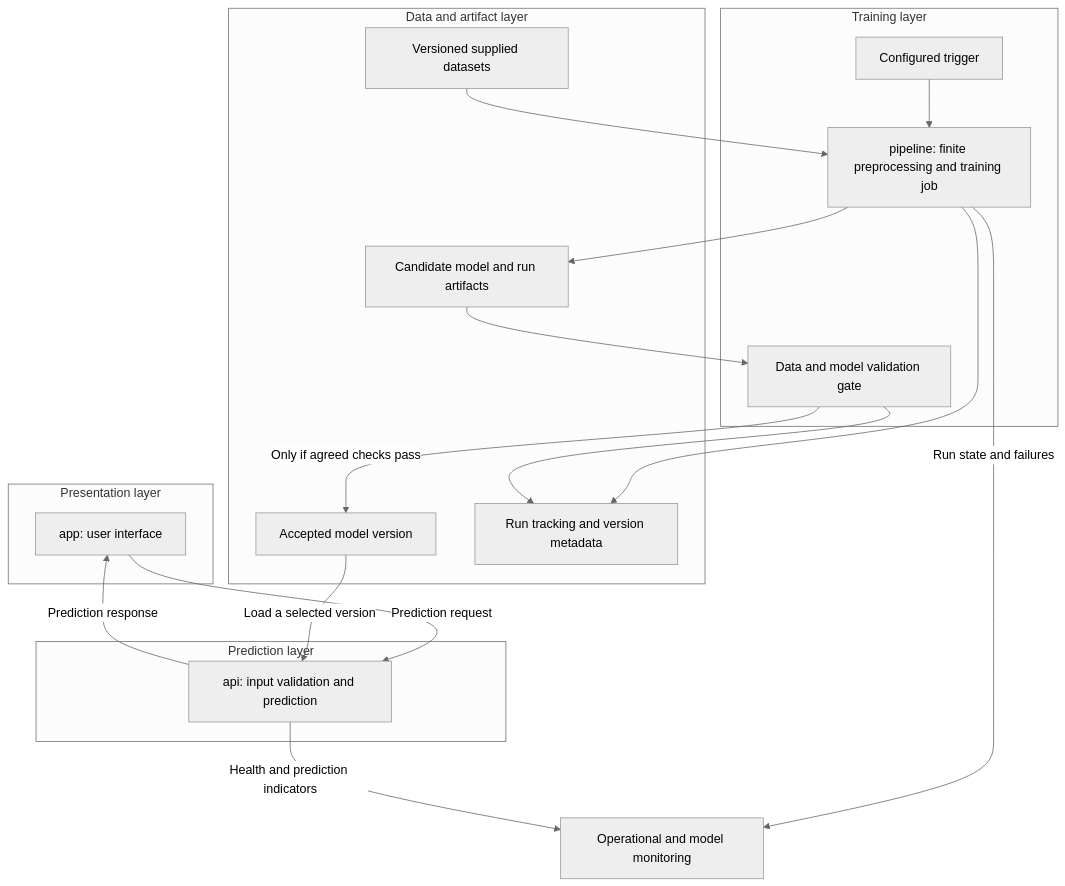
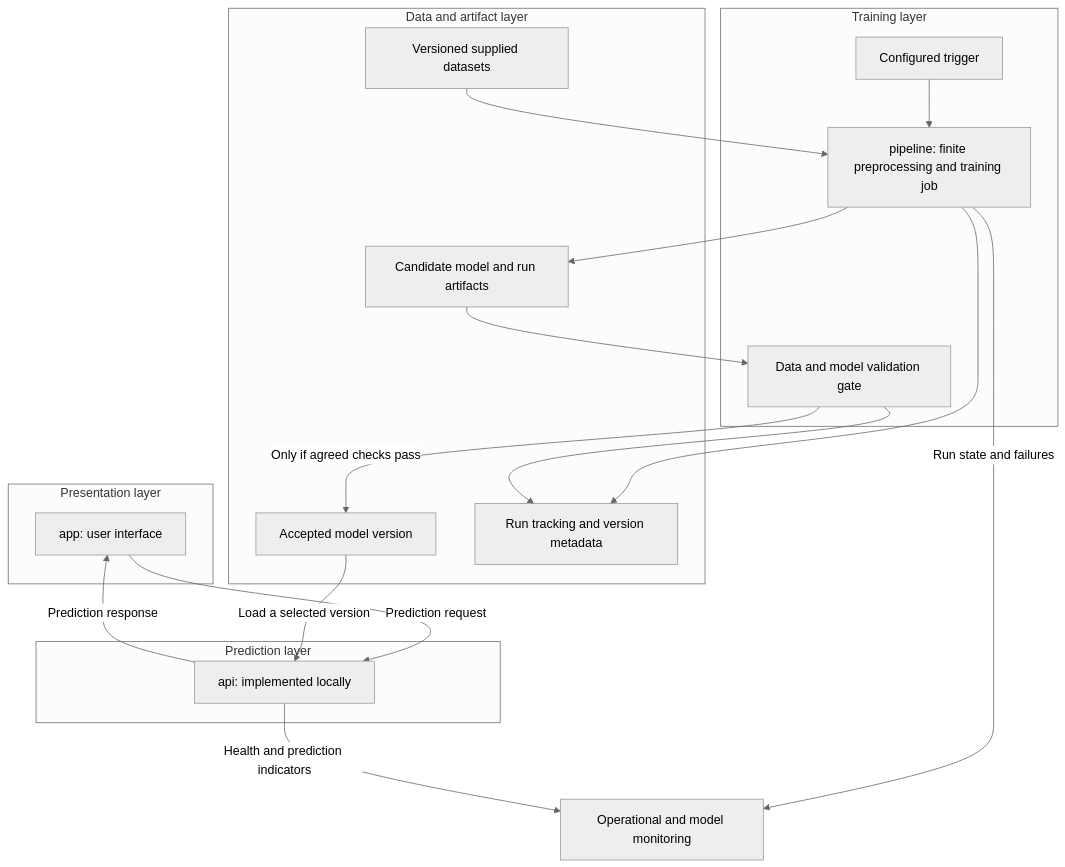
One commit to SiR1979/Template_MLOps_accidents changed the fourth of 4 diagrams in docs/architecture.md. Above: the diagram before and after it, drawn with Mermaid (neutral theme). The commit also changed other lines of this file and 5 other files, not shown here.

Commit message:
Add local prepared-feature prediction API

````diff
--- a/docs/architecture.md
+++ b/docs/architecture.md
@@ -123,38 +151,38 @@
 ```mermaid
 flowchart TD
     subgraph PRESENTATION["Presentation layer"]
         APP["app: user interface"]
     end
 
     subgraph SERVING["Prediction layer"]
-        API["api: input validation and prediction"]
+        API["api: implemented locally"]
     end
 
     subgraph JOBS["Training layer"]
         TRIGGER["Configured trigger"]
         PIPELINE["pipeline: finite preprocessing and training job"]
         GATE["Data and model validation gate"]
     end
 
     subgraph STORAGE["Data and artifact layer"]
         DATASETS["Versioned supplied datasets"]
         CANDIDATE["Candidate model and run artifacts"]
         ACCEPTED["Accepted model version"]
         TRACKING["Run tracking and version metadata"]
     end
 
     MONITOR["Operational and model monitoring"]
 
     APP -->|"Prediction request"| API
     API -->|"Prediction response"| APP
     ACCEPTED -->|"Load a selected version"| API
     TRIGGER --> PIPELINE
     DATASETS --> PIPELINE
     PIPELINE --> CANDIDATE
     CANDIDATE --> GATE
     GATE -->|"Only if agreed checks pass"| ACCEPTED
     PIPELINE --> TRACKING
     GATE --> TRACKING
     PIPELINE -->|"Run state and failures"| MONITOR
     API -->|"Health and prediction indicators"| MONITOR
 ```
````
